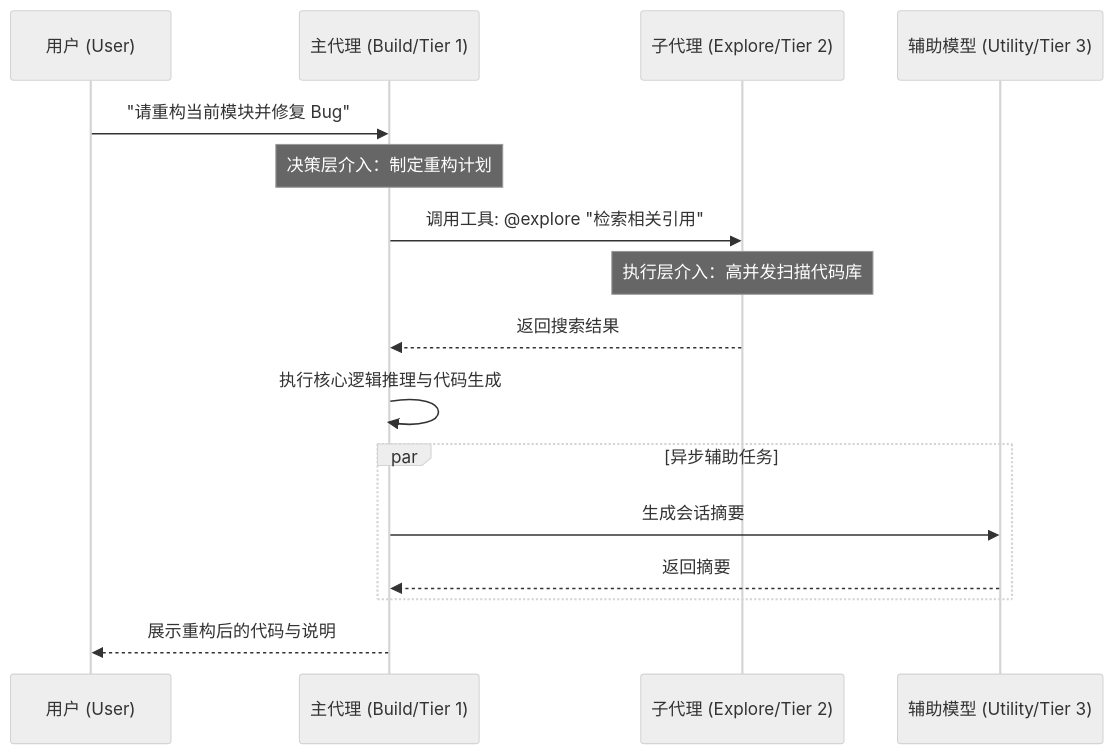
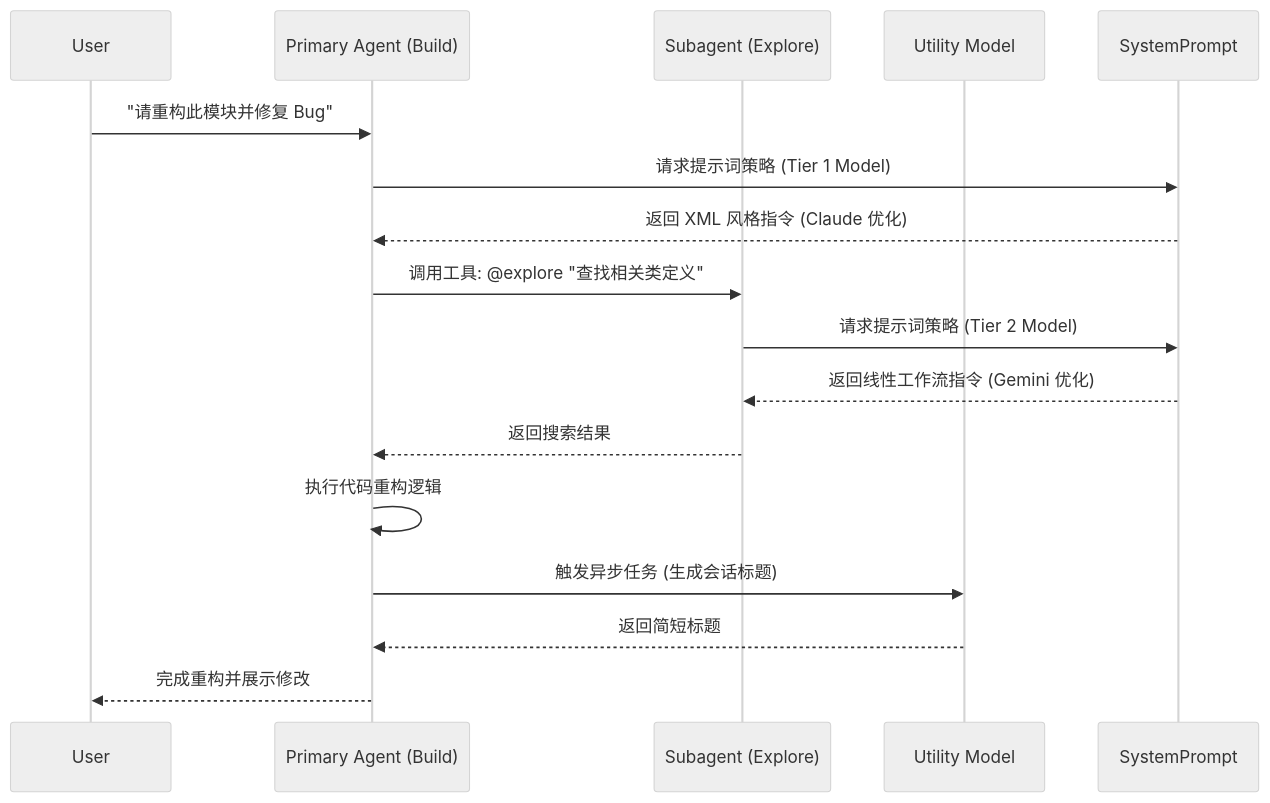
The second of 3 diagrams in docs/arch/multi-model-orchestration.md (cute-spring/opencode-notes), drawn with Mermaid (neutral theme) before and after one commit. The commit also changed other lines of this file, not shown here.

Commit message:
docs: fix mermaid diagram syntax in multi-model orchestration

````diff
--- a/docs/arch/multi-model-orchestration.md
+++ b/docs/arch/multi-model-orchestration.md
@@ -59,23 +97,23 @@
 ```mermaid
 sequenceDiagram
-    participant U as 用户 (User)
-    participant PA as 主代理 (Build/Tier 1)
-    participant SA as 子代理 (Explore/Tier 2)
-    participant UM as 辅助模型 (Utility/Tier 3)
+    participant U as User
+    participant PA as Primary Agent (Build)
+    participant SA as Subagent (Explore)
+    participant UM as Utility Model
+    participant S as SystemPrompt
 
-    U->>PA: "请重构当前模块并修复 Bug"
-    Note over PA: 决策层介入：制定重构计划
+    U->>PA: "请重构此模块并修复 Bug"
+    PA->>S: 请求提示词策略 (Tier 1 Model)
+    S-->>PA: 返回 XML 风格指令 (Claude 优化)
     
-    PA->>SA: 调用工具: @explore "检索相关引用"
-    Note over SA: 执行层介入：高并发扫描代码库
+    PA->>SA: 调用工具: @explore "查找相关类定义"
+    SA->>S: 请求提示词策略 (Tier 2 Model)
+    S-->>SA: 返回线性工作流指令 (Gemini 优化)
     SA-->>PA: 返回搜索结果
     
-    PA->>PA: 执行核心逻辑推理与代码生成
+    PA->>PA: 执行代码重构逻辑
+    PA->>UM: 触发异步任务 (生成会话标题)
+    UM-->>PA: 返回简短标题
     
-    par 异步辅助任务
-        PA->>UM: 生成会话摘要
-        UM-->>PA: 返回摘要
-    end
-    
-    PA-->>U: 展示重构后的代码与说明
+    PA-->>U: 完成重构并展示修改
 ```
````
